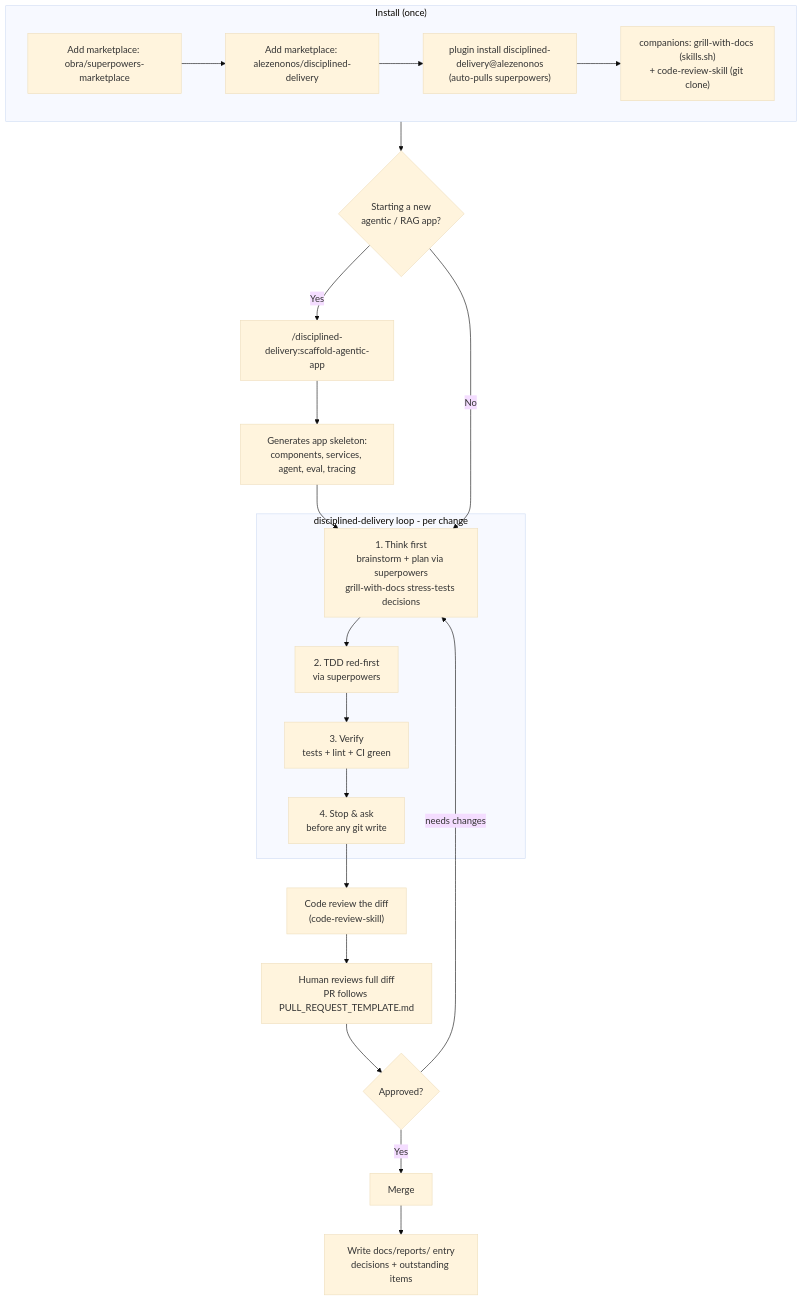
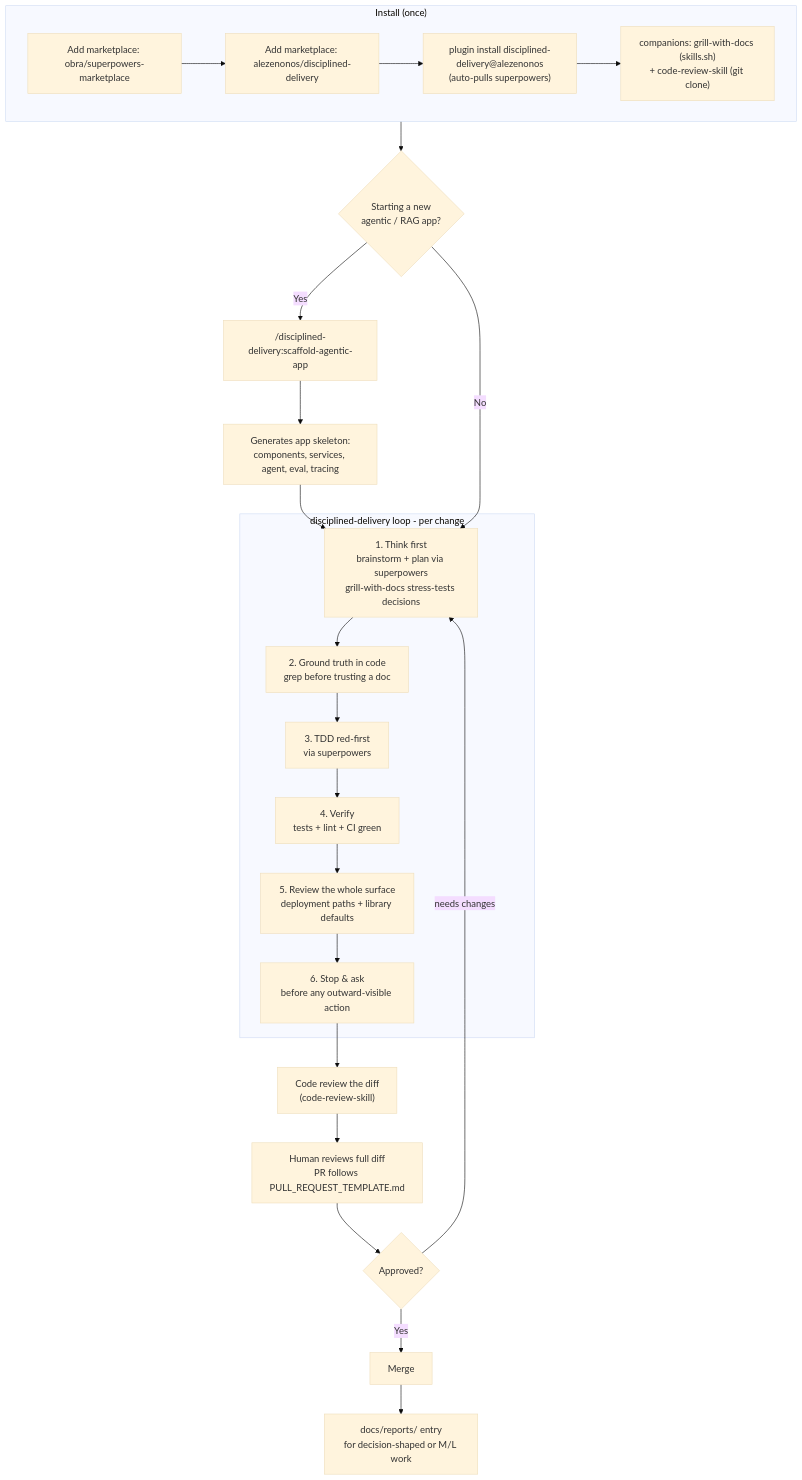
Before and after one commit to alezenonos/disciplined-delivery: the diagram in README.md, drawn with Mermaid (base theme). The commit also changed other lines of this file and 7 other files, not shown here.

````diff
--- a/README.md
+++ b/README.md
@@ -19,27 +19,29 @@
 ```mermaid
 flowchart TD
     subgraph install["Install (once)"]
       A1["Add marketplace: obra/superpowers-marketplace"] --> A2["Add marketplace: alezenonos/disciplined-delivery"]
       A2 --> A3["plugin install disciplined-delivery@alezenonos<br/>(auto-pulls superpowers)"]
       A3 --> A4["companions: grill-with-docs (skills.sh)<br/>+ code-review-skill (git clone)"]
     end
 
     install --> B{"Starting a new<br/>agentic / RAG app?"}
     B -- Yes --> C["/disciplined-delivery:scaffold-agentic-app"]
     C --> C1["Generates app skeleton:<br/>components, services, agent, eval, tracing"]
     C1 --> D
     B -- No --> D
 
     subgraph loop["disciplined-delivery loop - per change"]
-      D["1. Think first<br/>brainstorm + plan via superpowers<br/>grill-with-docs stress-tests decisions"] --> E["2. TDD red-first<br/>via superpowers"]
-      E --> F["3. Verify<br/>tests + lint + CI green"]
-      F --> G["4. Stop & ask<br/>before any git write"]
+      D["1. Think first<br/>brainstorm + plan via superpowers<br/>grill-with-docs stress-tests decisions"] --> D2["2. Ground truth in code<br/>grep before trusting a doc"]
+      D2 --> E["3. TDD red-first<br/>via superpowers"]
+      E --> F["4. Verify<br/>tests + lint + CI green"]
+      F --> F2["5. Review the whole surface<br/>deployment paths + library defaults"]
+      F2 --> G["6. Stop & ask<br/>before any outward-visible action"]
     end
 
     G --> R["Code review the diff<br/>(code-review-skill)"]
     R --> H["Human reviews full diff<br/>PR follows PULL_REQUEST_TEMPLATE.md"]
     H --> I{"Approved?"}
     I -- "needs changes" --> D
     I -- Yes --> J["Merge"]
-    J --> K["Write docs/reports/ entry<br/>decisions + outstanding items"]
+    J --> K["docs/reports/ entry<br/>for decision-shaped or M/L work"]
 ```
````
